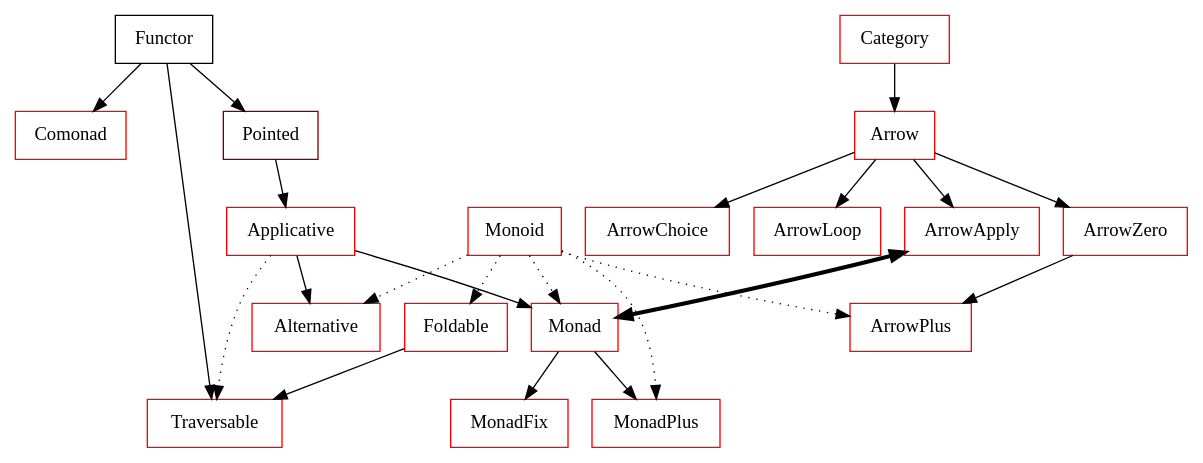
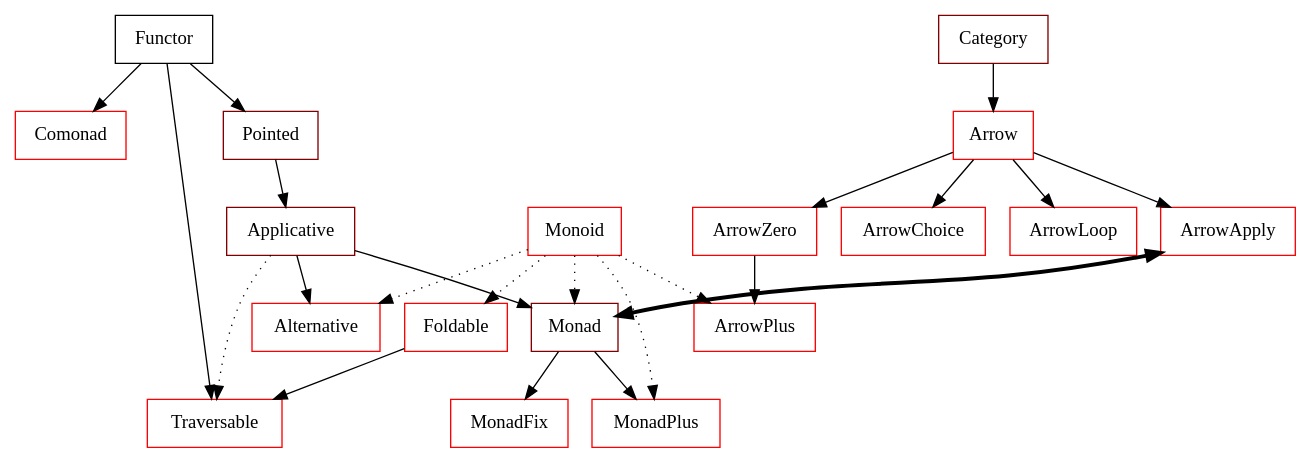
Before and after one commit to glug/coq-classtests: the diagram in deps.dot, drawn with Graphviz. The commit also changed 8 other files, not shown here.

```diff
--- a/deps.dot
+++ b/deps.dot
@@ -1,61 +1,65 @@
 /* dependencies between different Type Classes */
 /* vim: set tw=76 ts=4 et : */
 digraph TypeClasses {
 
     node [shape="box"];
+    /* missing */
     node [color="#ff0000"];
     Comonad;
-    Applicative;
     Monoid;
-    Category;
     Alternative;
     Foldable;
     Arrow;
     ArrowZero;
     ArrowPlus;
     Traversable;
     MonadFix;
     MonadPlus;
     ArrowChoice;
     ArrowLoop;
+    ArrowApply;
+    /* partially done */
+    node [color="#800000"];
+    Category;
+    Pointed;
+    Applicative;
     Monad;
-    ArrowApply;
-    node [color="#800000"];
-    Pointed;
+    /* done */
     node [color="black"];
     Functor;
 
+    /* deps */
     Functor -> Pointed;
     Functor -> Comonad;
     Functor -> Traversable;
 
     Pointed -> Applicative;
 
     Applicative -> Alternative;
     Applicative -> Monad;
     Applicative -> Traversable [style="dotted"];
 
     Monad -> MonadFix;
     Monad -> MonadPlus;
     Monad -> ArrowApply [dir="both",penwidth=3.0,constraint="false"];
 
     Category -> Arrow;
 
     Arrow -> ArrowZero;
     Arrow -> ArrowApply;
     Arrow -> ArrowChoice;
     Arrow -> ArrowLoop;
 
     ArrowZero -> ArrowPlus;
 
     Foldable -> Traversable;
 
     edge [style="dotted"];
 
     Monoid -> Alternative;
     Monoid -> Foldable;
     Monoid -> Monad;
     Monoid -> MonadPlus;
     Monoid -> ArrowPlus;
 
 }
```
